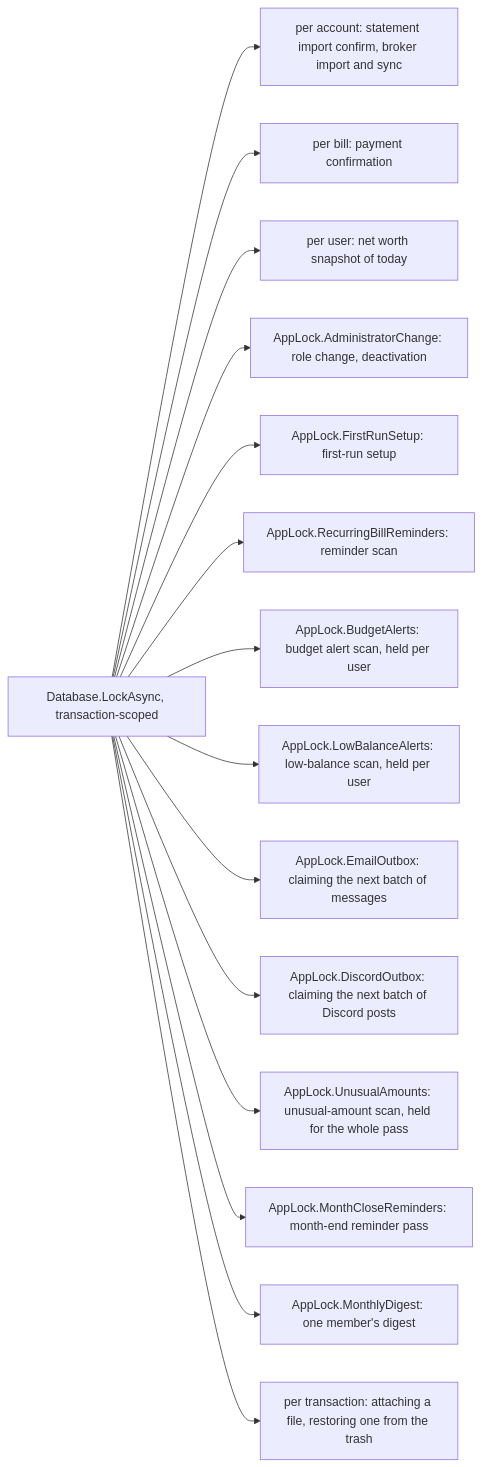
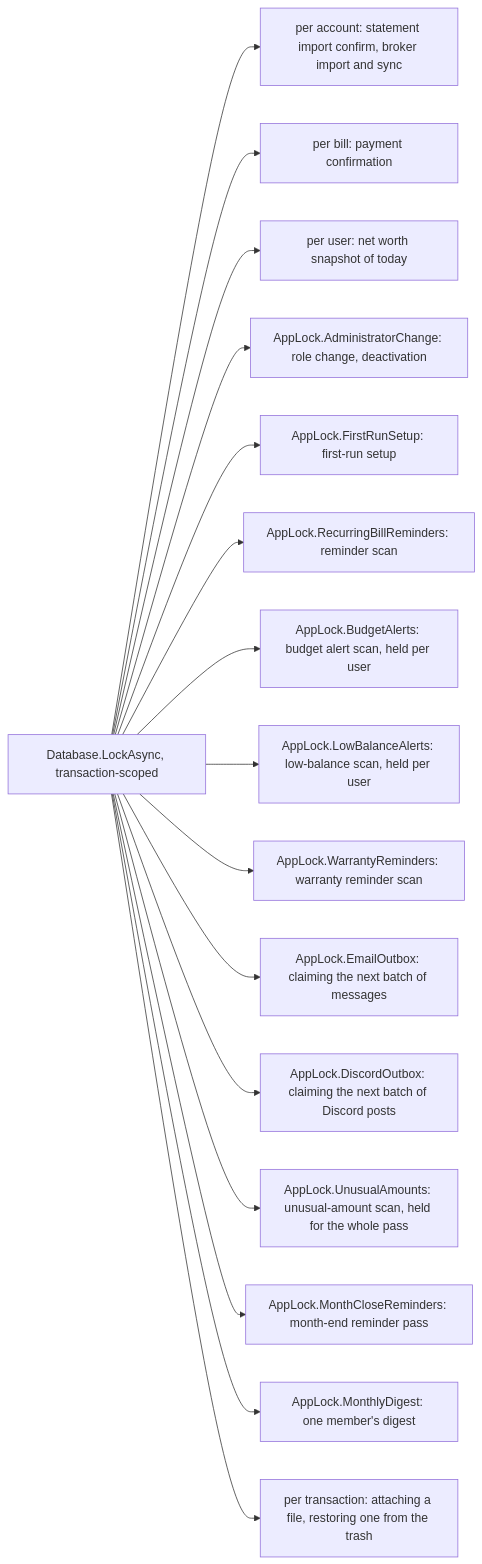
The second of 2 diagrams in docs/features/background-jobs.md (Justxs/Jx-Finance), drawn with Mermaid before and after one commit. The commit also changed other lines of this file and 46 other files, not shown here.

````diff
--- a/docs/features/background-jobs.md
+++ b/docs/features/background-jobs.md
@@ -90,17 +91,18 @@
 ```mermaid
 flowchart LR
     Lock["Database.LockAsync, transaction-scoped"] --> A["per account: statement import confirm, broker import and sync"]
     Lock --> Bi["per bill: payment confirmation"]
     Lock --> U["per user: net worth snapshot of today"]
     Lock --> Adm["AppLock.AdministratorChange: role change, deactivation"]
     Lock --> Setup["AppLock.FirstRunSetup: first-run setup"]
     Lock --> Rem["AppLock.RecurringBillReminders: reminder scan"]
     Lock --> Bud["AppLock.BudgetAlerts: budget alert scan, held per user"]
     Lock --> Low["AppLock.LowBalanceAlerts: low-balance scan, held per user"]
+    Lock --> War["AppLock.WarrantyReminders: warranty reminder scan"]
     Lock --> Mail["AppLock.EmailOutbox: claiming the next batch of messages"]
     Lock --> Disc["AppLock.DiscordOutbox: claiming the next batch of Discord posts"]
     Lock --> Unu["AppLock.UnusualAmounts: unusual-amount scan, held for the whole pass"]
     Lock --> Close["AppLock.MonthCloseReminders: month-end reminder pass"]
     Lock --> Dig["AppLock.MonthlyDigest: one member's digest"]
     Lock --> Att["per transaction: attaching a file, restoring one from the trash"]
 ```
````
